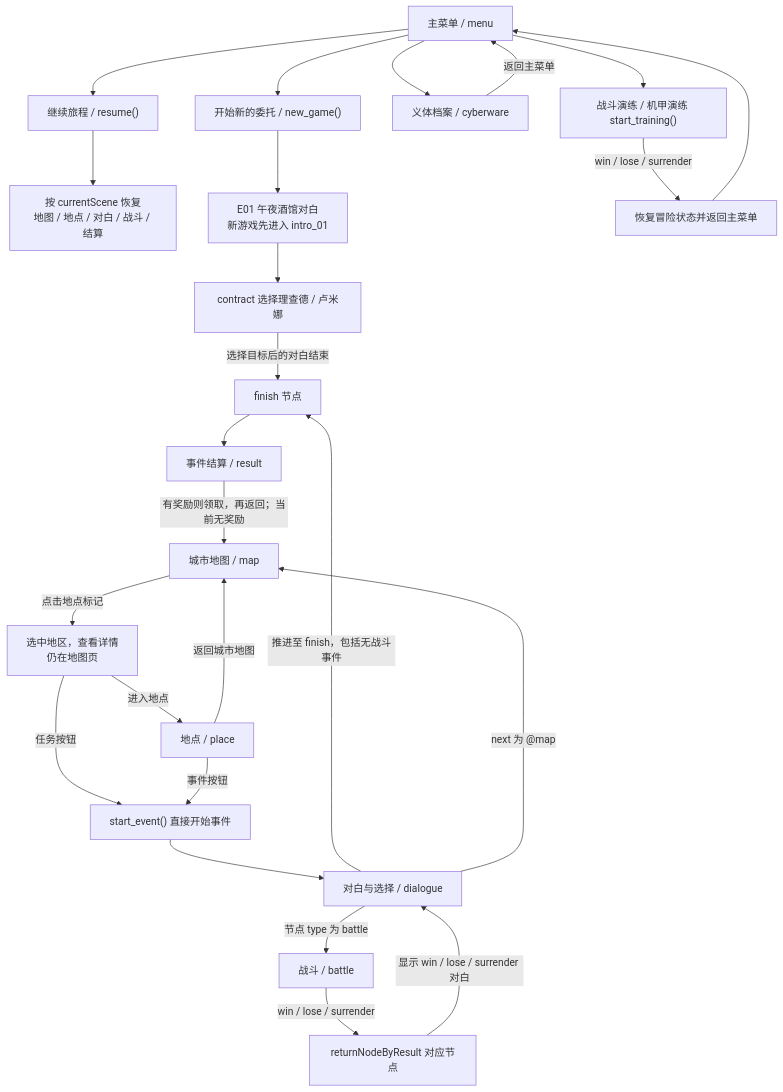
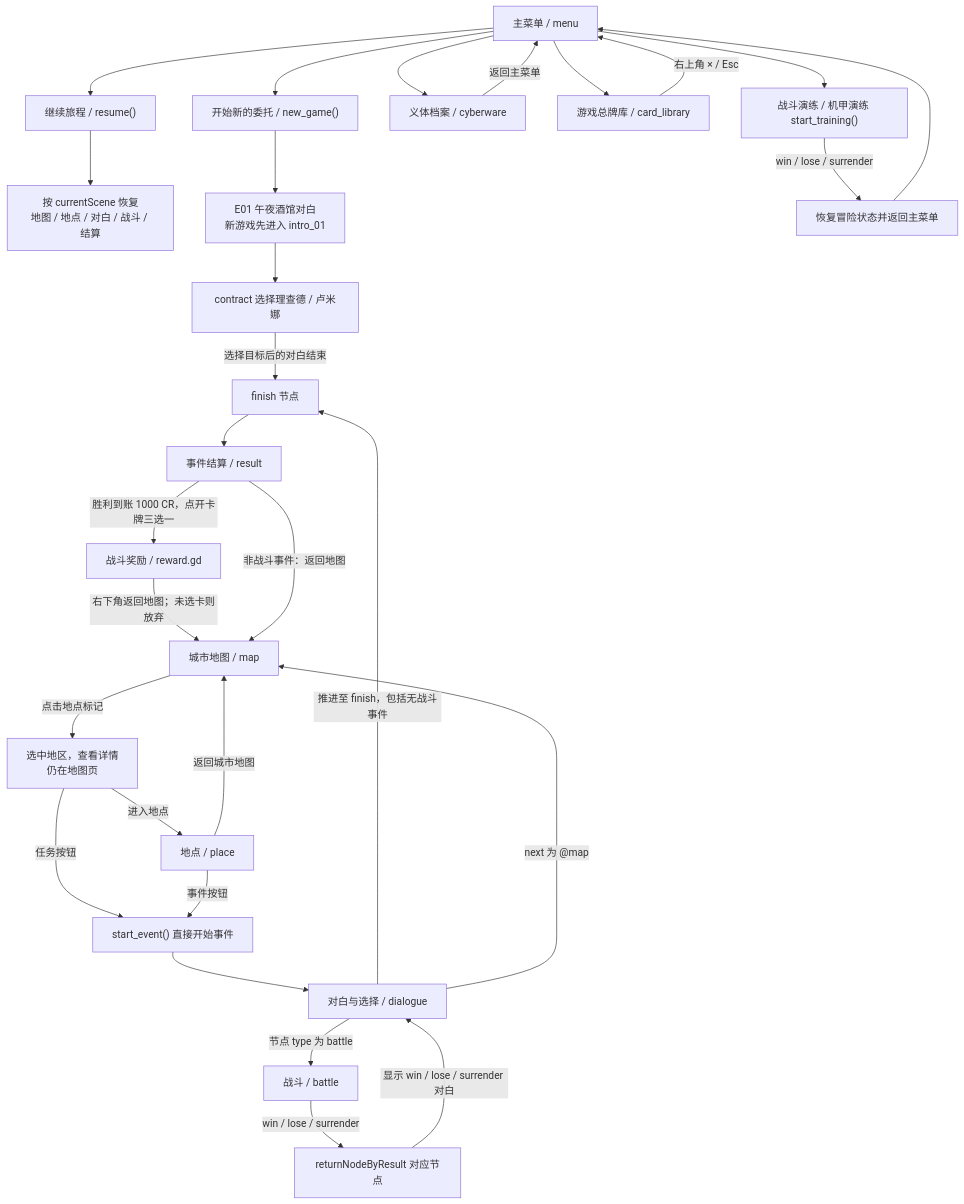
The diagram in docs/游戏流程与路由.md (iris-homework/game-demo), drawn with Mermaid before and after one commit. The commit also changed other lines of this file and 37 other files, not shown here.

````diff
--- a/docs/游戏流程与路由.md
+++ b/docs/游戏流程与路由.md
@@ -32,45 +33,50 @@
 ```mermaid
 flowchart TD
     menu["主菜单 / menu"]
     newgame["开始新的委托 / new_game()"]
     resume["继续旅程 / resume()"]
     restore["按 currentScene 恢复<br/>地图 / 地点 / 对白 / 战斗 / 结算"]
     e01["E01 午夜酒馆对白<br/>新游戏先进入 intro_01"]
     contract["contract 选择理查德 / 卢米娜"]
     map["城市地图 / map"]
     detail["选中地区，查看详情<br/>仍在地图页"]
     place["地点 / place"]
     startEvent["start_event() 直接开始事件"]
     dialogue["对白与选择 / dialogue"]
     battle["战斗 / battle"]
     finishNode["finish 节点"]
     result["事件结算 / result"]
     cyberware["义体档案 / cyberware"]
+    library["游戏总牌库 / card_library"]
     training["战斗演练 / 机甲演练 start_training()"]
     trainEnd["恢复冒险状态并返回主菜单"]
 
     menu --> newgame
     menu --> resume
     menu --> cyberware
+    menu --> library
+    library -->|"右上角 × / Esc"| menu
     menu --> training
     newgame --> e01
     resume --> restore
     e01 --> contract
     contract -->|"选择目标后的对白结束"| finishNode
     map -->|"点击地点标记"| detail
     detail -->|"进入地点"| place
     detail -->|"任务按钮"| startEvent
     place -->|"事件按钮"| startEvent
     place -->|"返回城市地图"| map
     startEvent --> dialogue
     dialogue -->|"节点 type 为 battle"| battle
     dialogue -->|"推进至 finish，包括无战斗事件"| finishNode
     dialogue -->|"next 为 @map"| map
     battle -->|"win / lose / surrender"| ret["returnNodeByResult 对应节点"]
     ret -->|"显示 win / lose / surrender 对白"| dialogue
     finishNode --> result
-    result -->|"有奖励则领取，再返回；当前无奖励"| map
+    result -->|"胜利到账 1000 CR，点开卡牌三选一"| choice["战斗奖励 / reward.gd"]
+    choice -->|"右下角返回地图；未选卡则放弃"| map
+    result -->|"非战斗事件：返回地图"| map
     training -->|"win / lose / surrender"| trainEnd
     trainEnd --> menu
     cyberware -->|"返回主菜单"| menu
 ```
````
